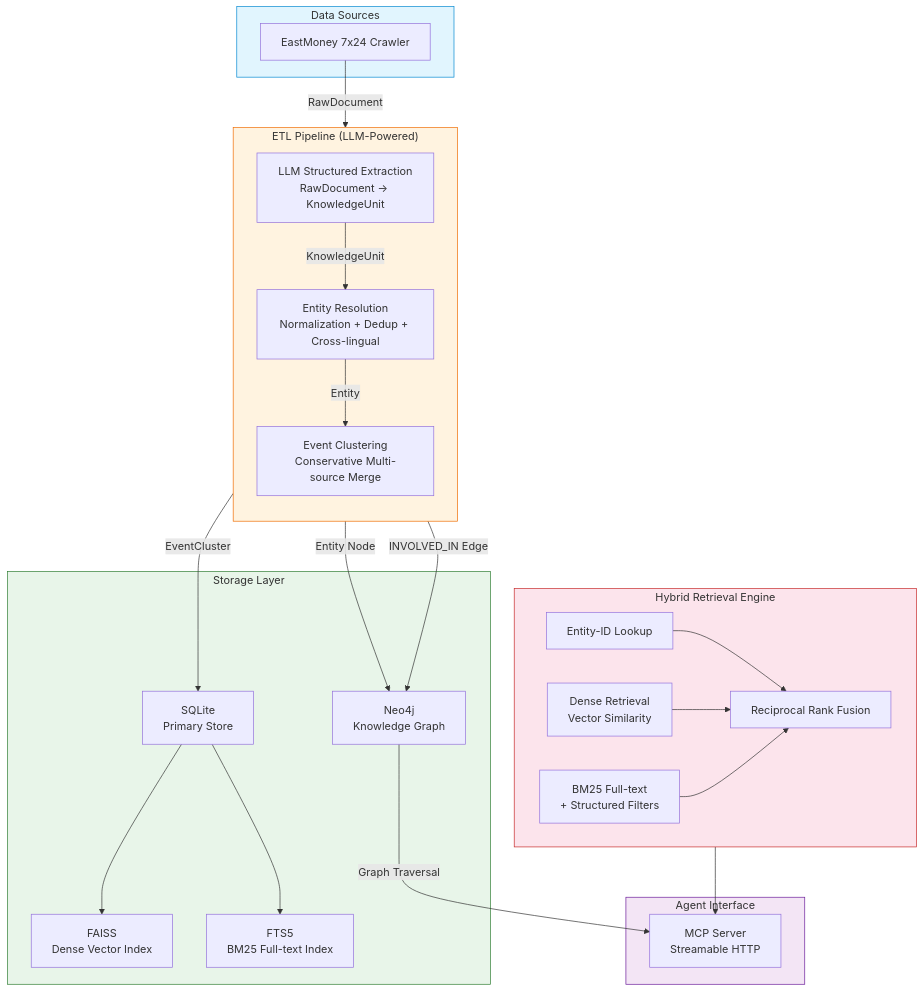
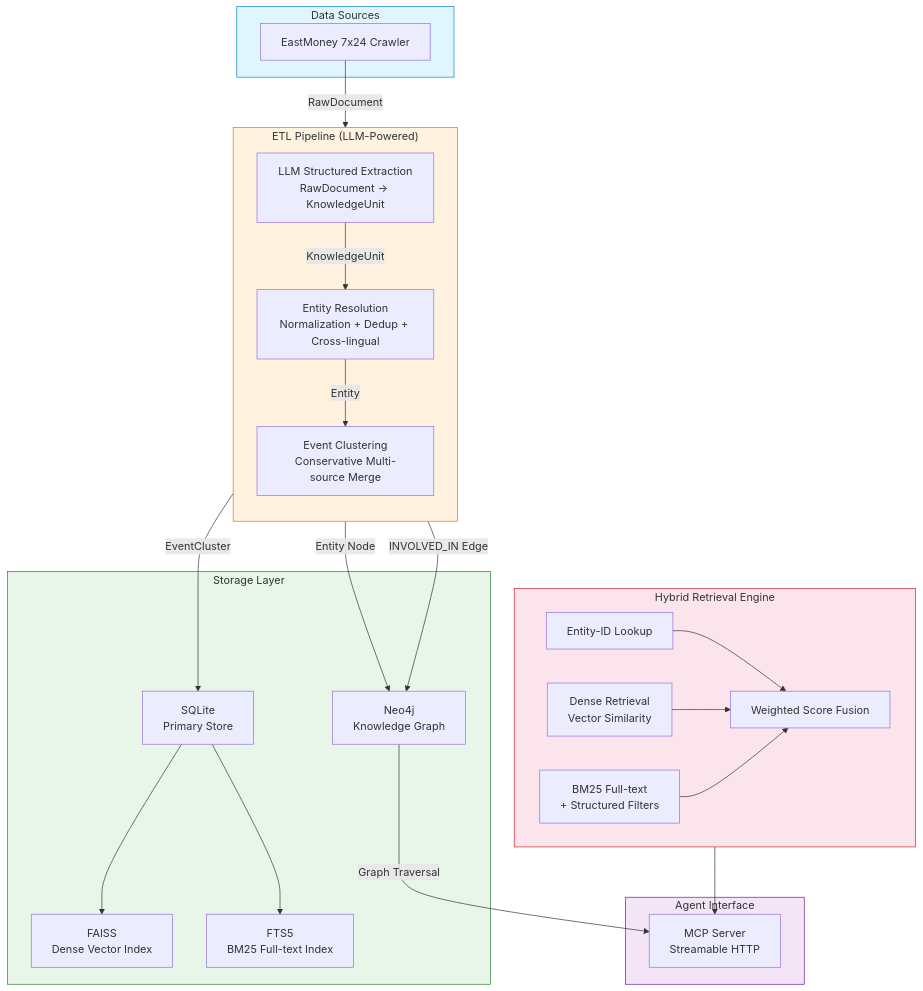
One commit to yiwufen/news changed the diagram in README.md. Above: the diagram before and after it, drawn with Mermaid. The commit also changed other lines of this file and 14 other files, not shown here.

````diff
--- a/README.md
+++ b/README.md
@@ -145,53 +146,53 @@
 ```mermaid
 flowchart TB
     subgraph Sources["Data Sources"]
         EM["EastMoney 7x24 Crawler"]
     end
 
     subgraph ETL["ETL Pipeline (LLM-Powered)"]
         direction TB
         EXT["LLM Structured Extraction<br/>RawDocument → KnowledgeUnit"]
         ENT["Entity Resolution<br/>Normalization + Dedup + Cross-lingual"]
         CLU["Event Clustering<br/>Conservative Multi-source Merge"]
     end
 
     subgraph Storage["Storage Layer"]
         SQL["SQLite<br/>Primary Store"]
         NEO["Neo4j<br/>Knowledge Graph"]
         LDB["FAISS<br/>Dense Vector Index"]
         FTS["FTS5<br/>BM25 Full-text Index"]
     end
 
     subgraph Retrieval["Hybrid Retrieval Engine"]
         direction LR
         EID["Entity-ID Lookup"]
         DENSE["Dense Retrieval<br/>Vector Similarity"]
         BM25["BM25 Full-text<br/>+ Structured Filters"]
-        RRF["Reciprocal Rank Fusion"]
+        FUSION["Weighted Score Fusion"]
     end
 
     subgraph Interface["Agent Interface"]
         MCP["MCP Server<br/>Streamable HTTP"]
     end
 
     EM -->|"RawDocument"| EXT
     EXT -->|"KnowledgeUnit"| ENT
     ENT -->|"Entity"| CLU
     CLU -->|"EventCluster"| SQL
     ENT -->|"Entity Node"| NEO
     CLU -->|"INVOLVED_IN Edge"| NEO
     SQL --> FTS
     SQL --> LDB
 
-    EID --> RRF
-    DENSE --> RRF
-    BM25 --> RRF
-    RRF --> MCP
+    EID --> FUSION
+    DENSE --> FUSION
+    BM25 --> FUSION
+    FUSION --> MCP
     NEO -->|"Graph Traversal"| MCP
 
     style Sources fill:#e1f5fe,stroke:#0288d1
     style ETL fill:#fff3e0,stroke:#ef6c00
     style Storage fill:#e8f5e9,stroke:#2e7d32
     style Retrieval fill:#fce4ec,stroke:#c62828
     style Interface fill:#f3e5f5,stroke:#6a1b9a
 ```
````
